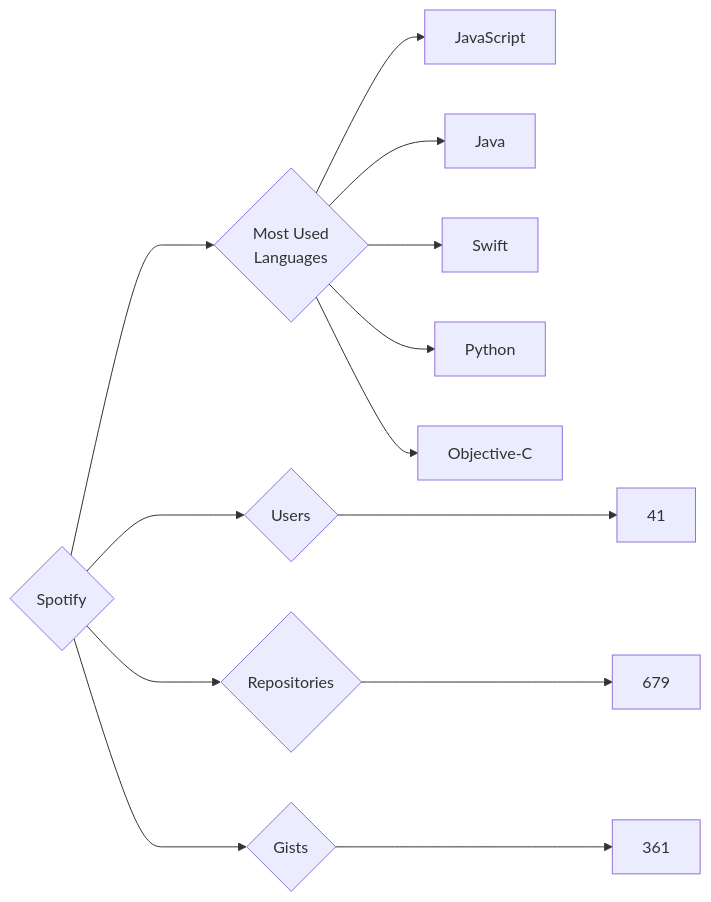
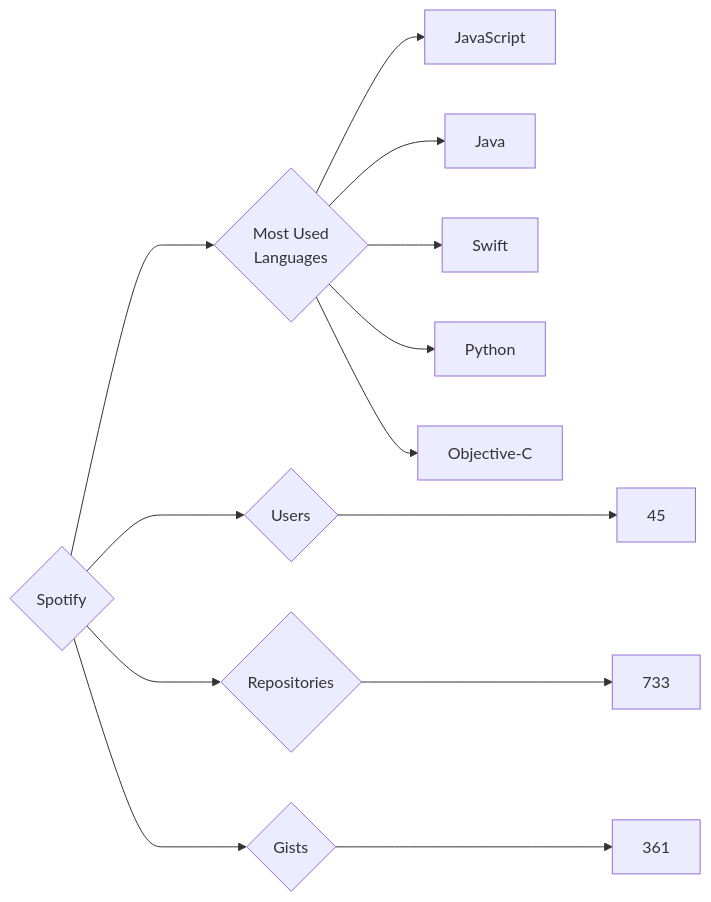
One commit to trickest/insiders changed the diagram in targets/Spotify/README.md. Above: the diagram before and after it, drawn with Mermaid. The commit also changed 895 other files, not shown here.

````diff
--- a/targets/Spotify/README.md
+++ b/targets/Spotify/README.md
@@ -3,13 +3,13 @@
 ```mermaid
 graph LR
 COMPANY_NAME{Spotify}
-COMPANY_NAME ---> U{Users} ---> UN[41]
-COMPANY_NAME ---> R{Repositories} ---> RN[679]
+COMPANY_NAME ---> U{Users} ---> UN[45]
+COMPANY_NAME ---> R{Repositories} ---> RN[733]
 COMPANY_NAME ---> G{Gists} ---> GN[361]
 COMPANY_NAME ---> ML{Most Used<br>Languages}
 ML --> JavaScript[JavaScript]
 ML --> Java[Java]
 ML --> Swift[Swift]
 ML --> Python[Python]
 ML --> Objective-C[Objective-C]
 ```
````
